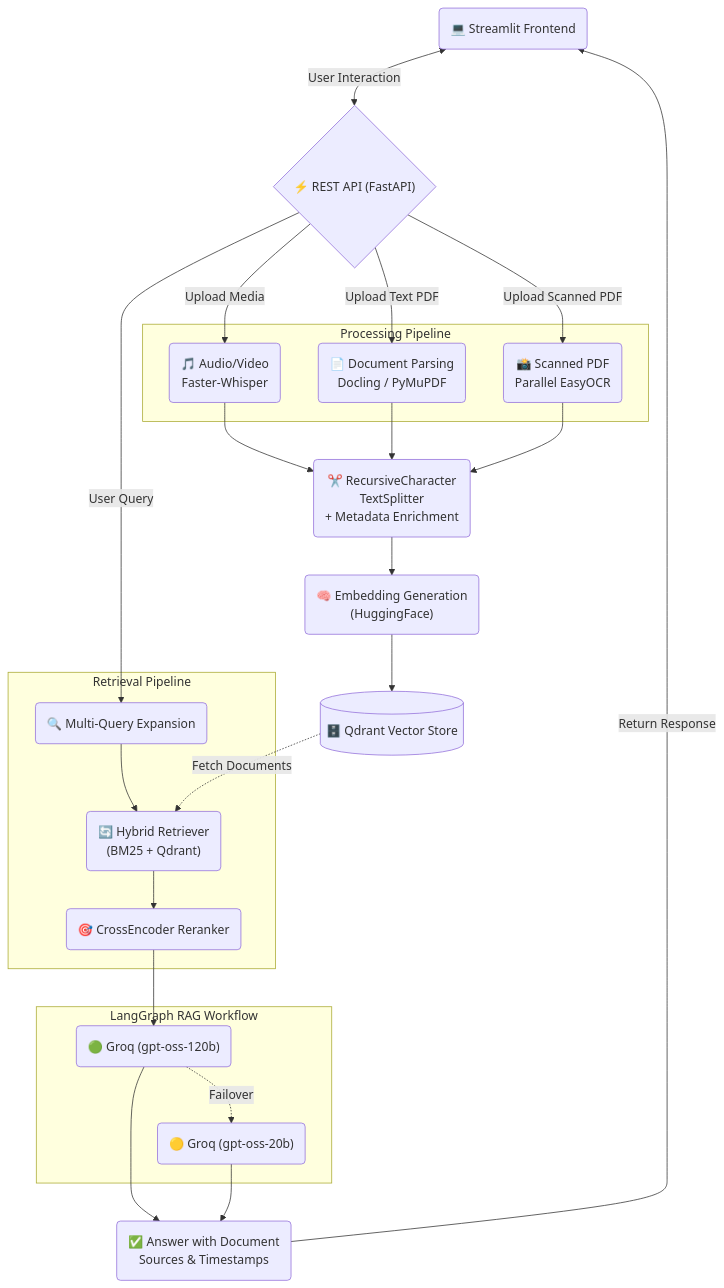
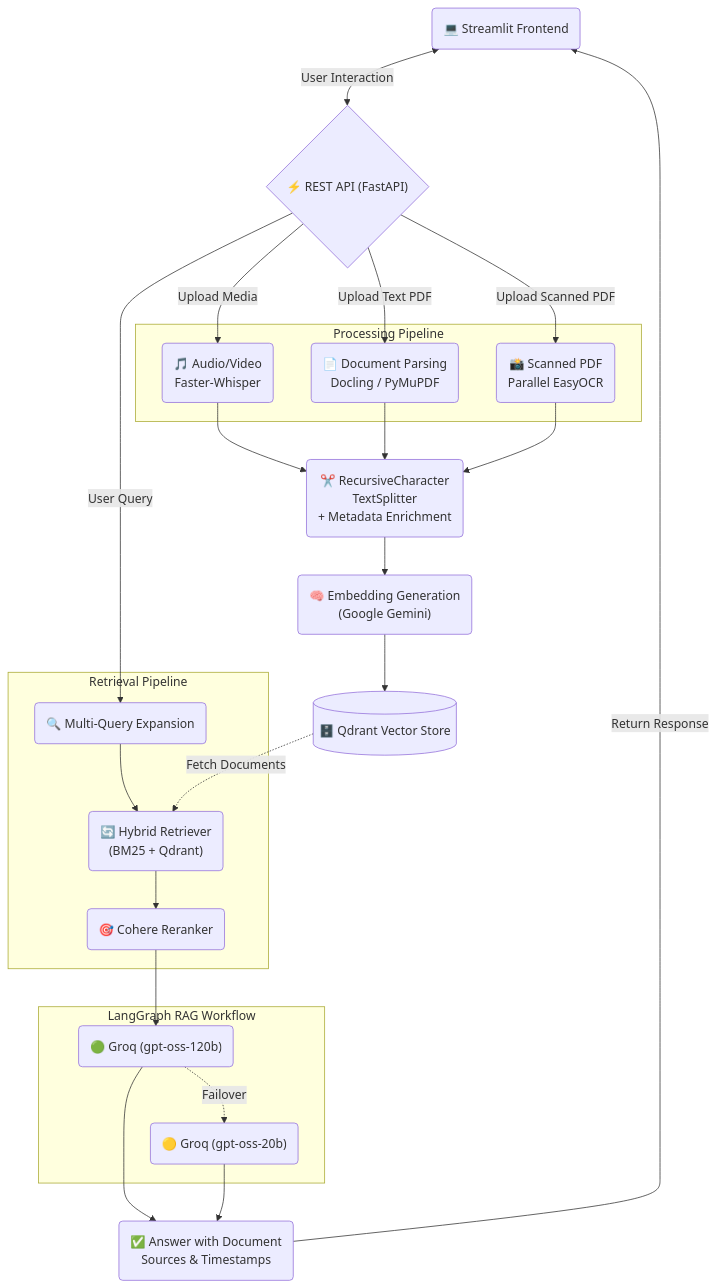
Before and after one commit to Uday-1001/CogniSphere: the diagram in README.md, drawn with Mermaid. The commit also changed other lines of this file and 14 other files, not shown here.

````diff
--- a/README.md
+++ b/README.md
@@ -47,56 +47,56 @@
 ```mermaid
 flowchart TD
     %% Nodes
     UI("💻 Streamlit Frontend")
     API{"⚡ REST API (FastAPI)"}
     
     subgraph "Processing Pipeline"
         AV("🎵 Audio/Video<br>Faster-Whisper")
         Doc("📄 Document Parsing<br>Docling / PyMuPDF")
         Scan("📸 Scanned PDF<br>Parallel EasyOCR")
     end
     
     Chunking("✂️ RecursiveCharacter<br>TextSplitter<br>+ Metadata Enrichment")
-    Embed("🧠 Embedding Generation<br>(HuggingFace)")
+    Embed("🧠 Embedding Generation<br>(Google Gemini)")
     DB[("🗄️ Qdrant Vector Store")]
     
     subgraph "Retrieval Pipeline"
         MQE("🔍 Multi-Query Expansion")
         Hybrid("🔄 Hybrid Retriever<br>(BM25 + Qdrant)")
-        Rerank("🎯 CrossEncoder Reranker")
+        Rerank("🎯 Cohere Reranker")
     end
     
     subgraph "LangGraph RAG Workflow"
         Groq1("🟢 Groq (gpt-oss-120b)")
         Groq2("🟡 Groq (gpt-oss-20b)")
     end
     
     Out("✅ Answer with Document<br>Sources & Timestamps")
     
     %% Edges
     UI <-->|User Interaction| API
     
     API -->|Upload Media| AV
     API -->|Upload Text PDF| Doc
     API -->|Upload Scanned PDF| Scan
     
     AV --> Chunking
     Doc --> Chunking
     Scan --> Chunking
     
     Chunking --> Embed
     Embed --> DB
     
     API -->|User Query| MQE
     MQE --> Hybrid
     DB -.->|Fetch Documents| Hybrid
     Hybrid --> Rerank
     
     Rerank --> Groq1
     Groq1 -.->|Failover| Groq2
     
     Groq1 --> Out
     Groq2 --> Out
     
     Out -->|Return Response| UI
 ```
````
